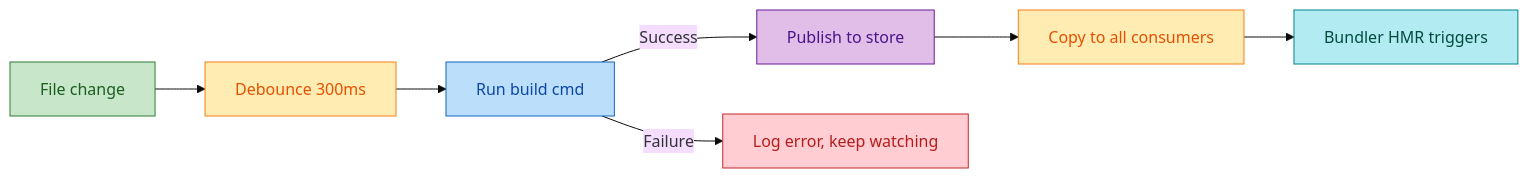
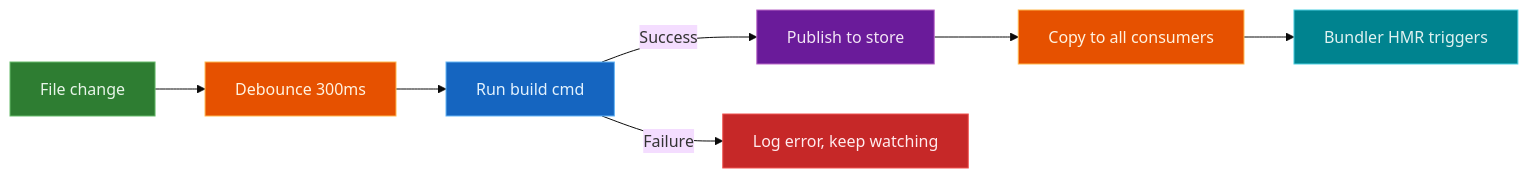
The second of 2 diagrams in docs/getting-started.md (oleg-kuibar/plunk), drawn with Mermaid (base theme) before and after one commit. The commit also changed other lines of this file and 5 other files, not shown here.

First line of the commit message:
docs: use dark-fill mermaid colors for dark-themed UI readability

````diff
--- a/docs/getting-started.md
+++ b/docs/getting-started.md
@@ -98,17 +98,17 @@
 ```mermaid
 graph LR
     A[File change] --> B[Debounce 300ms]
     B --> C[Run build cmd]
     C -->|Success| D[Publish to store]
     C -->|Failure| E[Log error, keep watching]
     D --> F[Copy to all consumers]
     F --> G[Bundler HMR triggers]
 
-    style A fill:#c8e6c9,stroke:#2e7d32,color:#1b5e20
-    style B fill:#ffecb3,stroke:#f57f17,color:#e65100
-    style C fill:#bbdefb,stroke:#1565c0,color:#0d47a1
-    style D fill:#e1bee7,stroke:#6a1b9a,color:#4a148c
-    style E fill:#ffcdd2,stroke:#c62828,color:#b71c1c
-    style F fill:#ffecb3,stroke:#f57f17,color:#e65100
-    style G fill:#b2ebf2,stroke:#00838f,color:#004d40
+    style A fill:#2e7d32,stroke:#66bb6a,color:#e8f5e9
+    style B fill:#e65100,stroke:#ffb74d,color:#fff3e0
+    style C fill:#1565c0,stroke:#64b5f6,color:#e3f2fd
+    style D fill:#6a1b9a,stroke:#ba68c8,color:#f3e5f5
+    style E fill:#c62828,stroke:#ef5350,color:#ffebee
+    style F fill:#e65100,stroke:#ffb74d,color:#fff3e0
+    style G fill:#00838f,stroke:#4dd0e1,color:#e0f2f1
 ```
````
